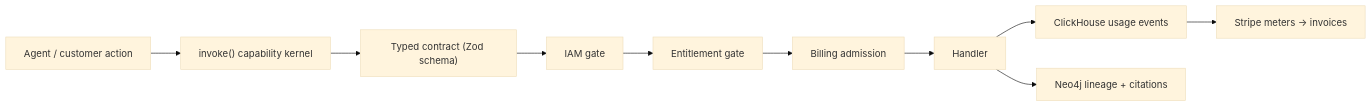
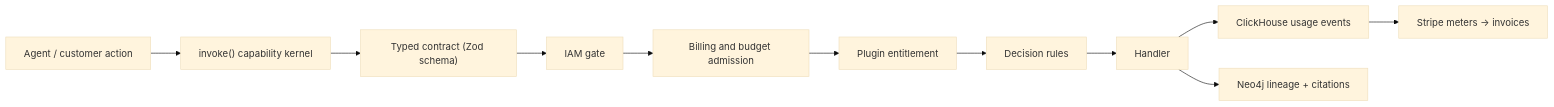
Before and after one commit to macanderson/oxagen: the first of 2 diagrams in README.md, drawn with Mermaid (base theme). The commit also changed other lines of this file and 518 other files, not shown here.

````diff
--- a/README.md
+++ b/README.md
@@ -38,12 +38,13 @@
 ```mermaid
 graph LR
     A["Agent / customer action"] --> B["invoke() capability kernel"]
     B --> C["Typed contract (Zod schema)"]
     C --> D["IAM gate"]
-    D --> E["Entitlement gate"]
-    E --> F["Billing admission"]
-    F --> G["Handler"]
+    D --> E["Billing and budget admission"]
+    E --> F["Plugin entitlement"]
+    F --> K["Decision rules"]
+    K --> G["Handler"]
     G --> H["ClickHouse usage events"]
     H --> I["Stripe meters → invoices"]
     G --> J["Neo4j lineage + citations"]
 ```
````
